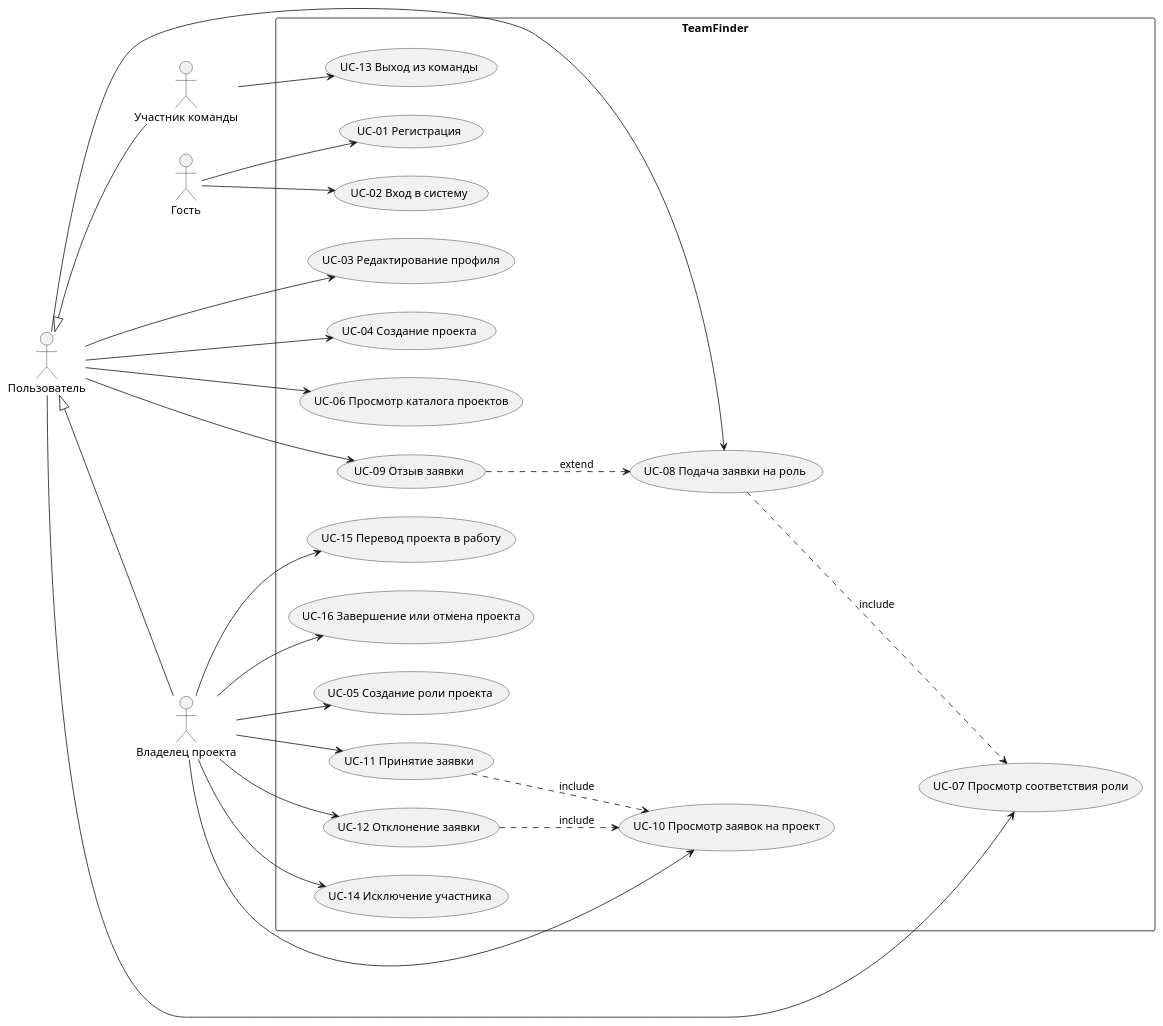
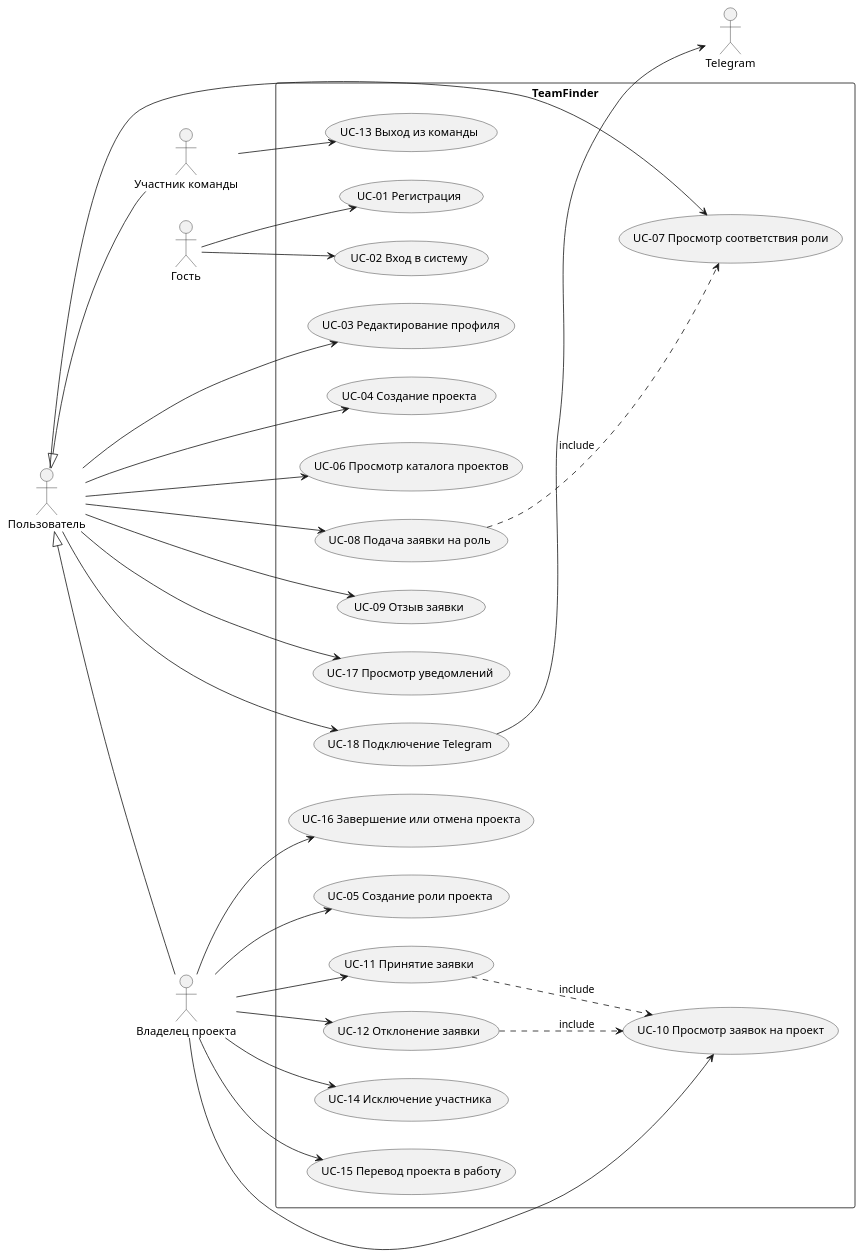
Before and after one commit to TeamFinderProject/teamfinder-docs: the second of 2 diagrams in use-case-diagram.md, drawn with PlantUML. The commit also changed other lines of this file and 20 other files, not shown here.

````diff
--- a/use-case-diagram.md
+++ b/use-case-diagram.md
@@ -74,58 +80,64 @@
 ```plantuml
 @startuml
 left to right direction
 skinparam packageStyle rectangle
 
 actor "Гость" as Guest
 actor "Пользователь" as User
 actor "Владелец проекта" as Owner
 actor "Участник команды" as Member
 
 User <|-- Owner
 User <|-- Member
 
 rectangle "TeamFinder" {
   usecase "UC-01 Регистрация" as UC01
   usecase "UC-02 Вход в систему" as UC02
   usecase "UC-03 Редактирование профиля" as UC03
   usecase "UC-04 Создание проекта" as UC04
   usecase "UC-05 Создание роли проекта" as UC05
   usecase "UC-06 Просмотр каталога проектов" as UC06
   usecase "UC-07 Просмотр соответствия роли" as UC07
   usecase "UC-08 Подача заявки на роль" as UC08
   usecase "UC-09 Отзыв заявки" as UC09
   usecase "UC-10 Просмотр заявок на проект" as UC10
   usecase "UC-11 Принятие заявки" as UC11
   usecase "UC-12 Отклонение заявки" as UC12
   usecase "UC-13 Выход из команды" as UC13
   usecase "UC-14 Исключение участника" as UC14
   usecase "UC-15 Перевод проекта в работу" as UC15
   usecase "UC-16 Завершение или отмена проекта" as UC16
+  usecase "UC-17 Просмотр уведомлений" as UC17
+  usecase "UC-18 Подключение Telegram" as UC18
 }
+
+actor "Telegram" as Ext
 
 Guest --> UC01
 Guest --> UC02
 
 User --> UC03
 User --> UC04
 User --> UC06
 User --> UC07
 User --> UC08
 User --> UC09
 
 Owner --> UC05
 Owner --> UC10
 Owner --> UC11
 Owner --> UC12
 Owner --> UC14
 Owner --> UC15
 Owner --> UC16
 
 Member --> UC13
+User --> UC17
+User --> UC18
+UC18 --> Ext
 
 UC08 ..> UC07 : include
 UC11 ..> UC10 : include
 UC12 ..> UC10 : include
-UC09 ..> UC08 : extend
 @enduml
 ```
````
